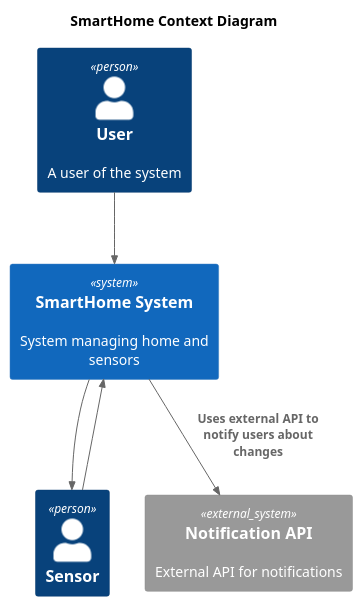
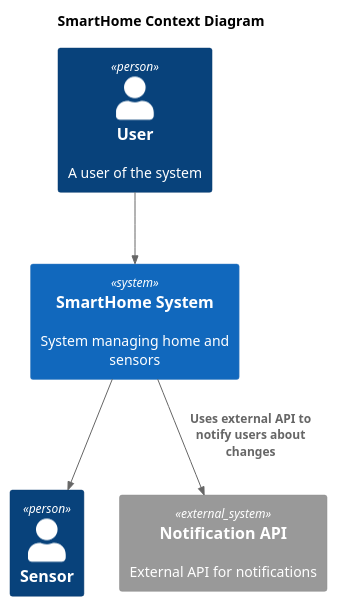
The diagram in schemas/context/Context.puml (lunaticenslaved/practicum-software-architect-1), drawn with PlantUML before and after one commit. The commit also changed 46 other files, not shown here.

```diff
--- a/schemas/context/Context.puml
+++ b/schemas/context/Context.puml
@@ -1,19 +1,18 @@
 @startuml
 title SmartHome Context Diagram
 
 top to bottom direction
 
 !includeurl https://raw.githubusercontent.com/RicardoNiepel/C4-PlantUML/master/C4_Context.puml
 
 Person(user, "User", "A user of the system")
 Person(sensor, "Sensor", "")
 
 System(SmartHomeSystem, "SmartHome System", "System managing home and sensors")
 System_Ext(api, "Notification API", "External API for notifications")
 
 Rel(user, SmartHomeSystem, "")
 Rel(SmartHomeSystem, sensor, "")
-Rel(sensor, SmartHomeSystem, "")
 Rel(SmartHomeSystem, api, "Uses external API to notify users about changes")
 
 @enduml
```
